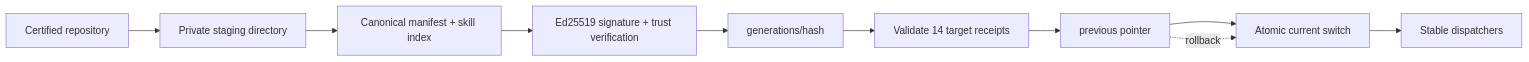
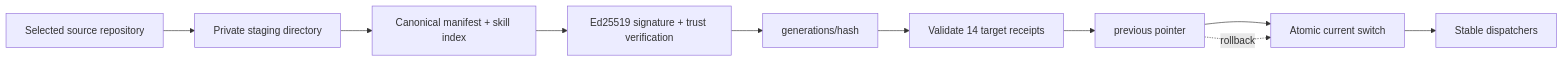
Before and after one commit to Prometheus-AGS/prometheus-skill-system: the diagram in site/docs/plugin-distribution/immutable-generations.md, drawn with Mermaid. The commit also changed other lines of this file and 944 other files, not shown here.

````diff
--- a/site/docs/plugin-distribution/immutable-generations.md
+++ b/site/docs/plugin-distribution/immutable-generations.md
@@ -13,12 +13,12 @@
 ```mermaid
 flowchart LR
-  Source["Certified repository"] --> Stage["Private staging directory"]
+  Source["Selected source repository"] --> Stage["Private staging directory"]
   Stage --> Hash["Canonical manifest + skill index"]
   Hash --> Sign["Ed25519 signature + trust verification"]
   Sign --> Generation["generations/hash"]
   Generation --> Receipts["Validate 14 target receipts"]
   Receipts --> Previous["previous pointer"]
   Previous --> Current["Atomic current switch"]
   Current --> Stable["Stable dispatchers"]
   Previous -. rollback .-> Current
 ```
````
